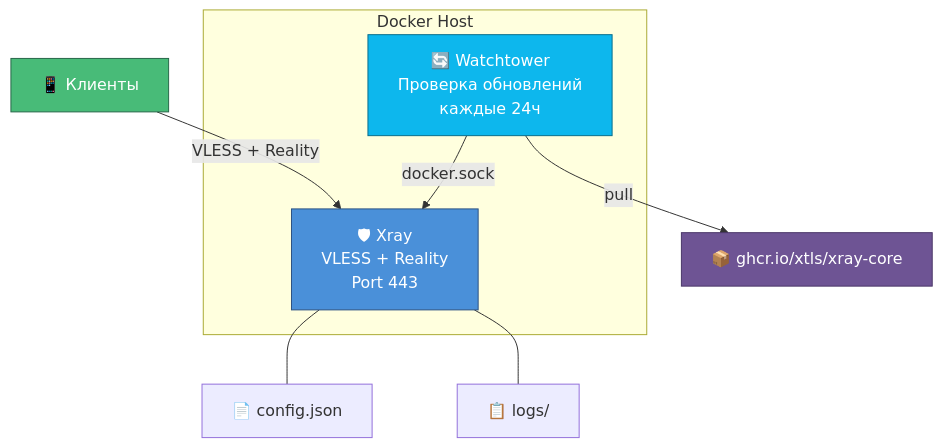
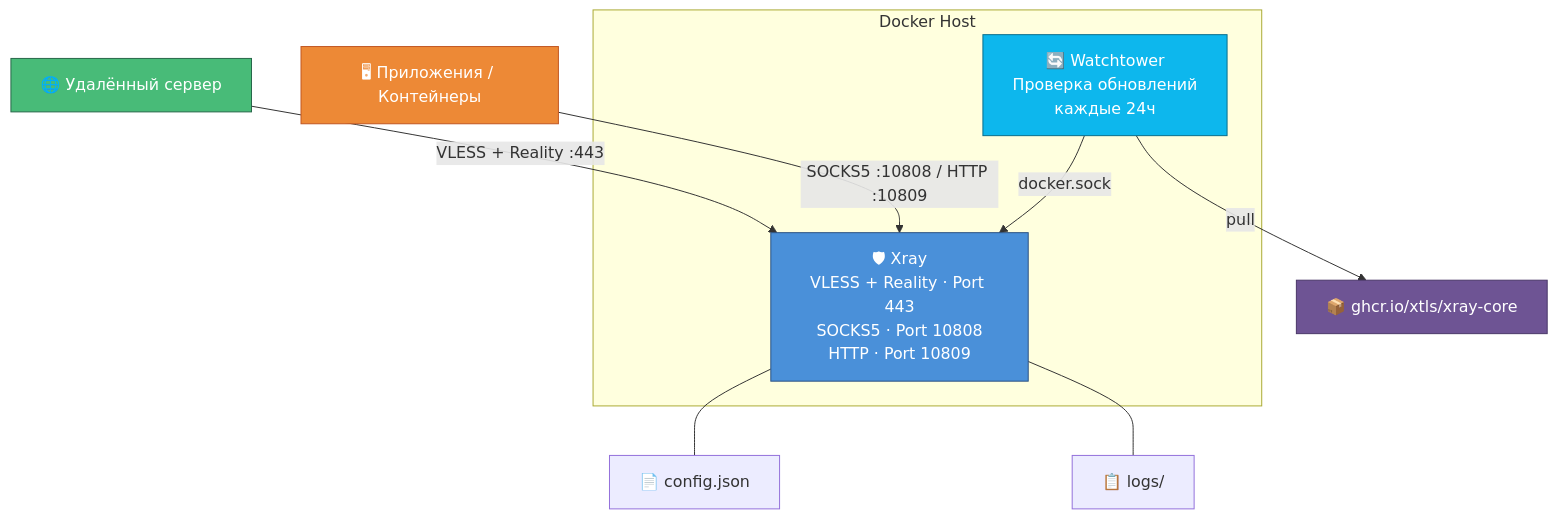
The diagram in README.md (wojidaokz/xray-docker-autoupdate), drawn with Mermaid before and after one commit. The commit also changed other lines of this file, not shown here.

First line of the commit message:
Rework README: remove client apps, add proxy usage and socks2tun

````diff
--- a/README.md
+++ b/README.md
@@ -35,18 +36,20 @@
 ```mermaid
 graph TB
     subgraph Docker Host
-        X[🛡 Xray<br/>VLESS + Reality<br/>Port 443]
+        X[🛡 Xray<br/>VLESS + Reality · Port 443<br/>SOCKS5 · Port 10808<br/>HTTP · Port 10809]
         W[🔄 Watchtower<br/>Проверка обновлений<br/>каждые 24ч]
     end
 
-    C[📱 Клиенты] -->|VLESS + Reality| X
+    R[🌐 Удалённый сервер] -->|VLESS + Reality :443| X
+    A[🖥 Приложения / Контейнеры] -->|SOCKS5 :10808 / HTTP :10809| X
     X --- CF[📄 config.json]
     X --- LG[📋 logs/]
     W -->|docker.sock| X
     W -->|pull| GHCR[📦 ghcr.io/xtls/xray-core]
 
     style X fill:#4a90d9,stroke:#2c5282,color:#fff
     style W fill:#0db7ed,stroke:#086d8c,color:#fff
     style GHCR fill:#6e5494,stroke:#4a3768,color:#fff
-    style C fill:#48bb78,stroke:#276749,color:#fff
+    style R fill:#48bb78,stroke:#276749,color:#fff
+    style A fill:#ed8936,stroke:#c05621,color:#fff
 ```
````
